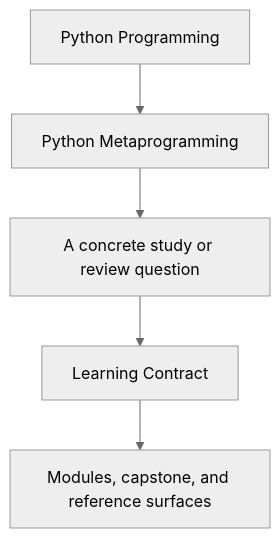
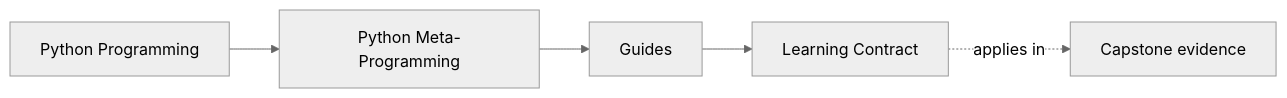
One commit to bijux/bijux-masterclass changed the first of 2 diagrams in programs/python-programming/python-meta-programming/course-book/guides/learning-contract.md. Above: the diagram before and after it, drawn with Mermaid (neutral theme). The commit also changed other lines of this file and 55 other files, not shown here.

Commit message:
docs(python-meta-programming): map runtime foundations and inspection routes

````diff
--- a/programs/python-programming/python-meta-programming/course-book/guides/learning-contract.md
+++ b/programs/python-programming/python-meta-programming/course-book/guides/learning-contract.md
@@ -6,7 +6,11 @@
 ```mermaid
-flowchart TD
-  family["Python Programming"] --> program["Python Metaprogramming"]
-  program --> pressure["A concrete study or review question"]
-  pressure --> guide["Learning Contract"]
-  guide --> next["Modules, capstone, and reference surfaces"]
+graph LR
+  family["Python Programming"]
+  program["Python Meta-Programming"]
+  section["Guides"]
+  page["Learning Contract"]
+  capstone["Capstone evidence"]
+
+  family --> program --> section --> page
+  page -.applies in.-> capstone
 ```
````
